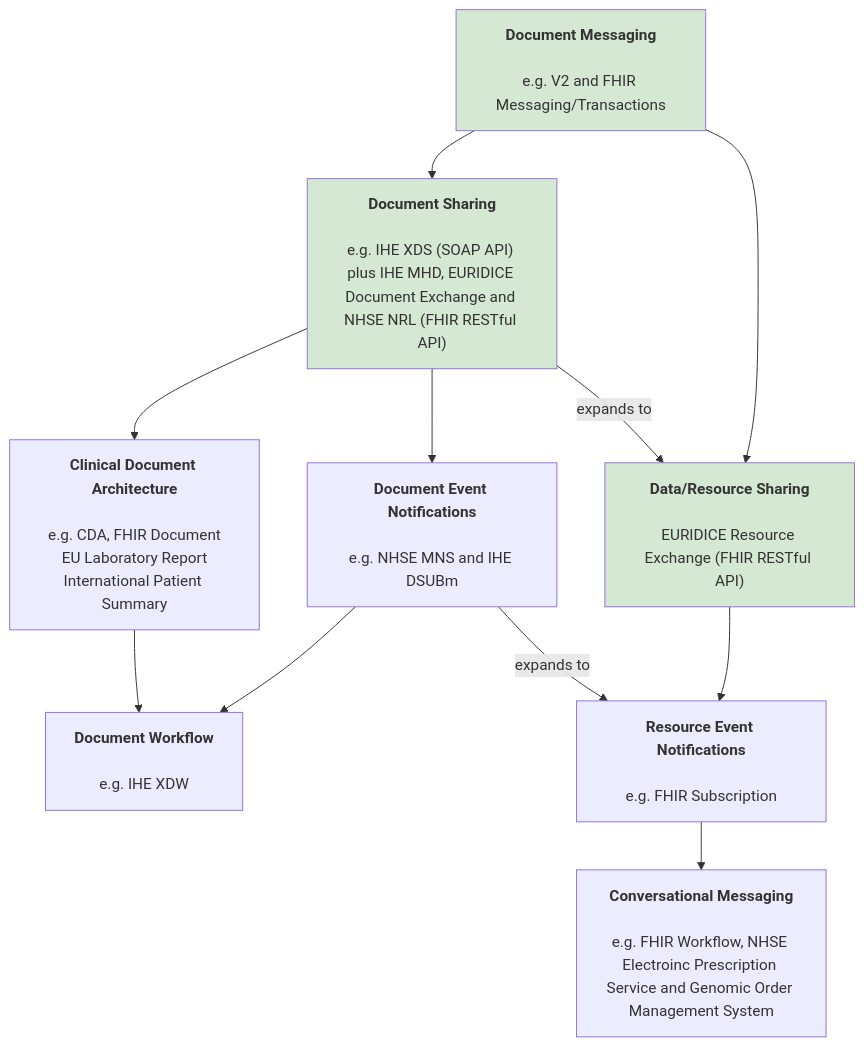
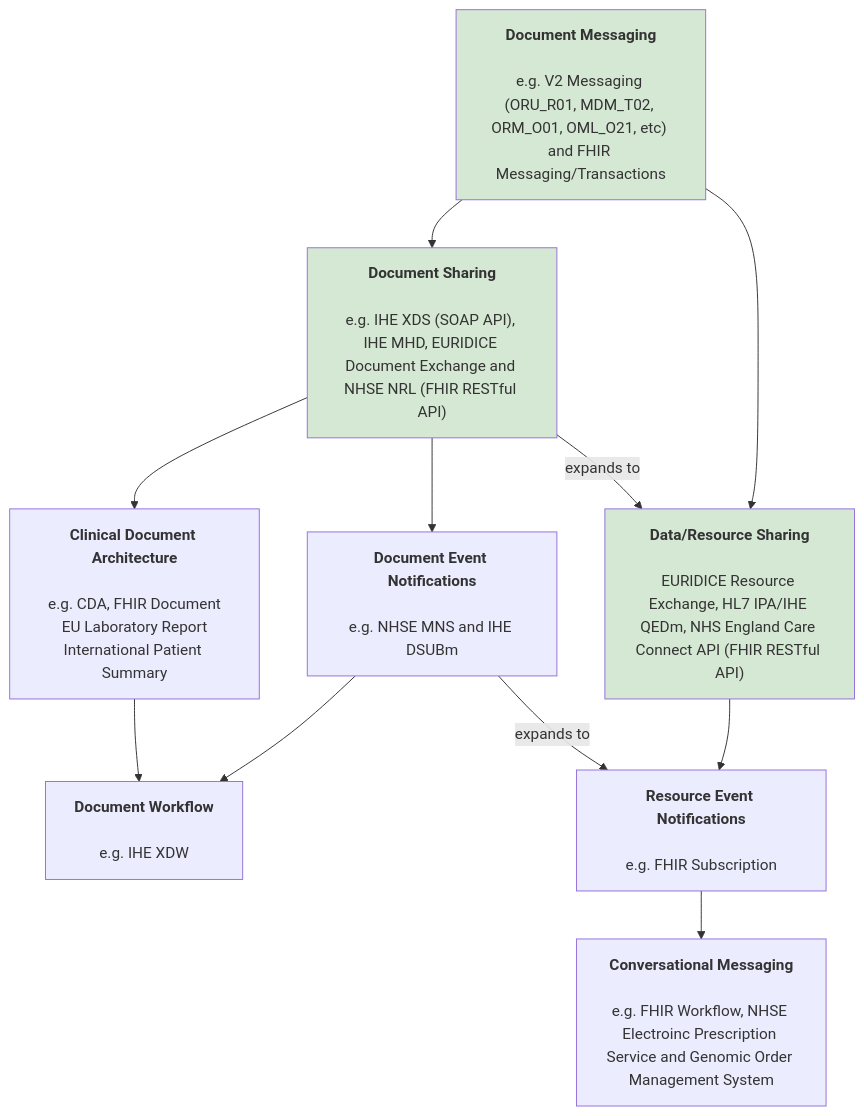
Before and after one commit to nw-gmsa/nw-gmsa.github.com: the first of 9 diagrams in input/pagecontent/exchange.md, drawn with Mermaid.

Commit message:
Relaxed Specimen rule to allow 0..* identifiers

````diff
--- a/input/pagecontent/exchange.md
+++ b/input/pagecontent/exchange.md
@@ -6,34 +6,33 @@
 ```mermaid
 graph TD;
 
 
-DocumentMessaging[<b>Document Messaging</b><br/><br/>e.g. V2 and FHIR Messaging/Transactions]
-DocumentSharing["<b>Document Sharing</b><br/><br/>e.g. IHE XDS (SOAP API) plus IHE MHD, EURIDICE Document Exchange and NHSE NRL (FHIR RESTful API) "]
+DocumentMessaging["<b>Document Messaging</b><br/><br/>e.g. V2 Messaging (ORU_R01, MDM_T02, ORM_O01, OML_O21, etc) and FHIR Messaging/Transactions"]
+DocumentSharing["<b>Document Sharing</b><br/><br/>e.g. IHE XDS (SOAP API), IHE MHD, EURIDICE Document Exchange and NHSE NRL (FHIR RESTful API) "]
 
 DocumentEventNotifications[<b>Document Event Notifications</b><br/><br/>e.g. NHSE MNS and IHE DSUBm]
 ClinicalDocumentArchitecture[<b>Clinical Document Architecture</b><br/><br/>e.g. CDA, FHIR Document<br/>EU Laboratory Report<br/>International Patient Summary] 
 DocumentWorkflow[<b>Document Workflow</b><br/><br/>e.g. IHE XDW]
 
-DataSharig["<b>Data/Resource Sharing</b><br/><br/>EURIDICE Resource Exchange (FHIR RESTful API)"]
+DataSharig["<b>Data/Resource Sharing</b><br/><br/>EURIDICE Resource Exchange, HL7 IPA/IHE QEDm, NHS England Care Connect API (FHIR RESTful API)"]
 ResourceEventNotifications[<b>Resource Event Notifications</b><br/><br/>e.g. FHIR Subscription]
 ConversationalMessaging[<b>Conversational Messaging</b><br/><br/>e.g. FHIR Workflow, NHSE Electroinc Prescription Service and Genomic Order Management System]
 
 
 DocumentMessaging --> DocumentSharing
 DocumentSharing --> DocumentEventNotifications
 DocumentSharing --> ClinicalDocumentArchitecture
 DocumentEventNotifications --> DocumentWorkflow
 ClinicalDocumentArchitecture --> DocumentWorkflow
 
 DocumentMessaging --> DataSharig
 DataSharig --> ResourceEventNotifications
 ResourceEventNotifications --> ConversationalMessaging
 
 DocumentSharing --> |expands to| DataSharig
 DocumentEventNotifications --> |expands to| ResourceEventNotifications
 
 classDef green fill:#D5E8D4;
 
 class DocumentMessaging,DocumentSharing,DataSharig green
-
 ```
````
